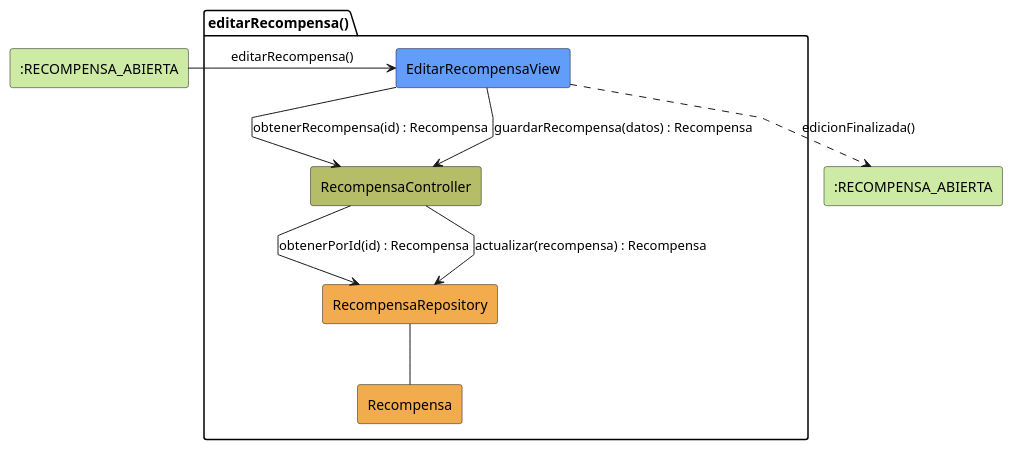
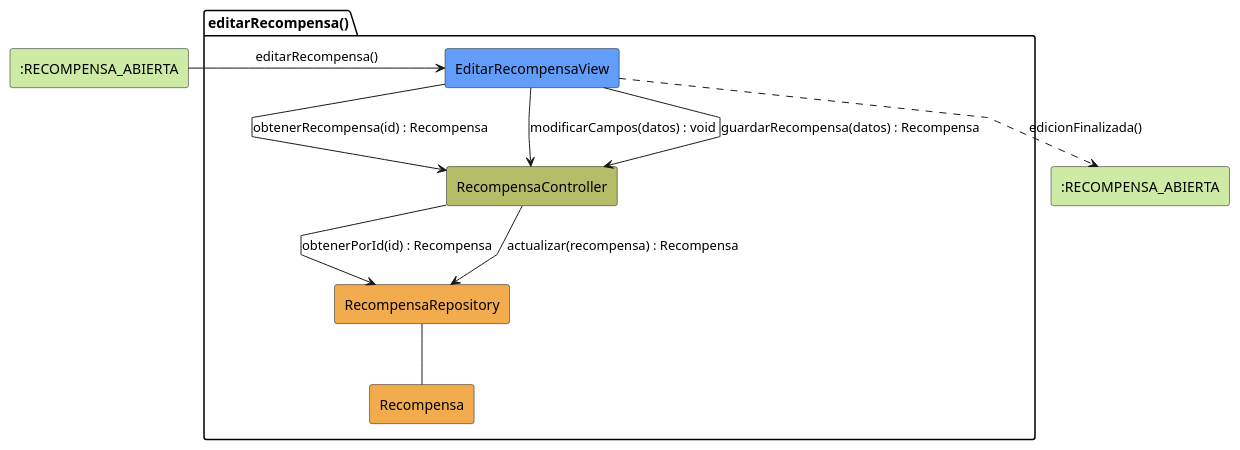
Before and after one commit to 31Diego/25-26-idsw2-sdVC: the diagram in modelosUML/analisis/coordinador/editarRecompensa.puml, drawn with PlantUML. The commit also changed 193 other files, not shown here.

```diff
--- a/modelosUML/analisis/coordinador/editarRecompensa.puml
+++ b/modelosUML/analisis/coordinador/editarRecompensa.puml
@@ -1,29 +1,31 @@
 @startuml editarRecompensa-analisis
 skinparam linetype polyline
 
 rectangle #CDEBA5 ":RECOMPENSA_ABIERTA" as RecompensaAbierta
 
 package editarRecompensa as "editarRecompensa()" {
     rectangle #629EF9 EditarRecompensaView
     rectangle #b5bd68 RecompensaController
     rectangle #F2AC4E RecompensaRepository
     rectangle #F2AC4E Recompensa
 }
 
 rectangle #CDEBA5 ":RECOMPENSA_ABIERTA" as RecompensaSalida
 
 RecompensaAbierta -r-> EditarRecompensaView: editarRecompensa()
 
 EditarRecompensaView -d-> RecompensaController: obtenerRecompensa(id) : Recompensa
 
 RecompensaController --> RecompensaRepository: obtenerPorId(id) : Recompensa
 
 RecompensaRepository -- Recompensa
 
+EditarRecompensaView --> RecompensaController: modificarCampos(datos) : void
+
 EditarRecompensaView --> RecompensaController: guardarRecompensa(datos) : Recompensa
 
 RecompensaController --> RecompensaRepository: actualizar(recompensa) : Recompensa
 
 EditarRecompensaView ..> RecompensaSalida: edicionFinalizada()
 
 @enduml
```
